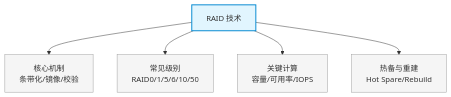
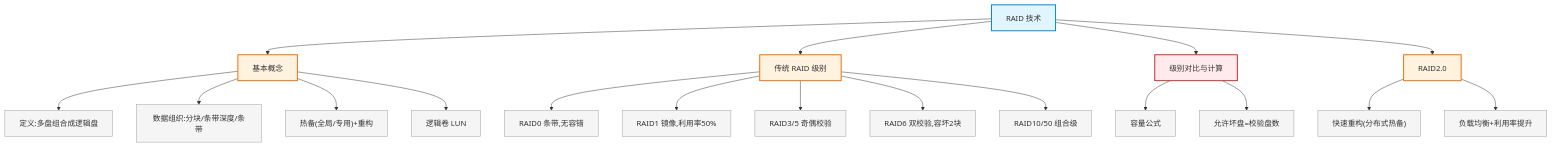
Before and after one commit to silverbulle/Network_Planning_and_Design: the diagram in cloud-datacenter/12_raid_technology.md, drawn with Mermaid. The commit also changed other lines of this file and 2 other files, not shown here.

First line of the commit message:
feat: supplement Ch12 RAID technology with PDF content

````diff
--- a/cloud-datacenter/12_raid_technology.md
+++ b/cloud-datacenter/12_raid_technology.md
@@ -9,12 +8,43 @@
 ```mermaid
 flowchart TD
-    A["RAID 技术"] --> B["核心机制<br>条带化/镜像/校验"]
-    A --> C["常见级别<br>RAID0/1/5/6/10/50"]
-    A --> D["关键计算<br>容量/可用率/IOPS"]
-    A --> E["热备与重建<br>Hot Spare/Rebuild"]
+    A["RAID 技术"] --> B["基本概念"]
+    A --> C["传统 RAID 级别"]
+    A --> D["级别对比与计算"]
+    A --> E["RAID2.0"]
+
+    B --> B1["定义:多盘组合成逻辑盘"]
+    B --> B2["数据组织:分块/条带深度/条带"]
+    B --> B3["热备(全局/专用)+重构"]
+    B --> B4["逻辑卷 LUN"]
+
+    C --> C1["RAID0 条带,无容错"]
+    C --> C2["RAID1 镜像,利用率50%"]
+    C --> C3["RAID3/5 奇偶校验"]
+    C --> C4["RAID6 双校验,容坏2块"]
+    C --> C5["RAID10/50 组合级"]
+
+    D --> D1["容量公式"]
+    D --> D2["允许坏盘=校验盘数"]
+
+    E --> E1["快速重构(分布式热备)"]
+    E --> E2["负载均衡+利用率提升"]
+
     style A fill:#e1f5fe,stroke:#0288d1,stroke-width:2px
-    style B fill:#f5f5f5,stroke:#9e9e9e
-    style C fill:#f5f5f5,stroke:#9e9e9e
-    style D fill:#f5f5f5,stroke:#9e9e9e
-    style E fill:#f5f5f5,stroke:#9e9e9e
+    style B fill:#fff3e0,stroke:#ef6c00,stroke-width:2px
+    style C fill:#fff3e0,stroke:#ef6c00,stroke-width:2px
+    style D fill:#ffebee,stroke:#c62828,stroke-width:2px
+    style E fill:#fff3e0,stroke:#ef6c00,stroke-width:2px
+    style B1 fill:#f5f5f5,stroke:#9e9e9e
+    style B2 fill:#f5f5f5,stroke:#9e9e9e
+    style B3 fill:#f5f5f5,stroke:#9e9e9e
+    style B4 fill:#f5f5f5,stroke:#9e9e9e
+    style C1 fill:#f5f5f5,stroke:#9e9e9e
+    style C2 fill:#f5f5f5,stroke:#9e9e9e
+    style C3 fill:#f5f5f5,stroke:#9e9e9e
+    style C4 fill:#f5f5f5,stroke:#9e9e9e
+    style C5 fill:#f5f5f5,stroke:#9e9e9e
+    style D1 fill:#f5f5f5,stroke:#9e9e9e
+    style D2 fill:#f5f5f5,stroke:#9e9e9e
+    style E1 fill:#f5f5f5,stroke:#9e9e9e
+    style E2 fill:#f5f5f5,stroke:#9e9e9e
 ```
````
